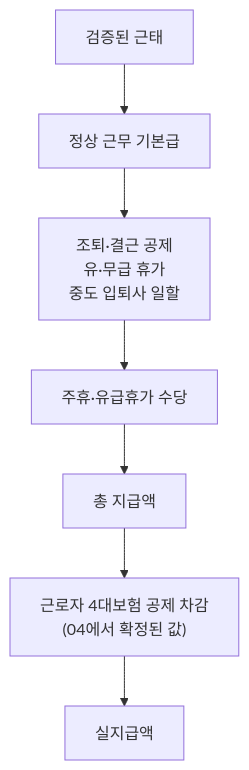
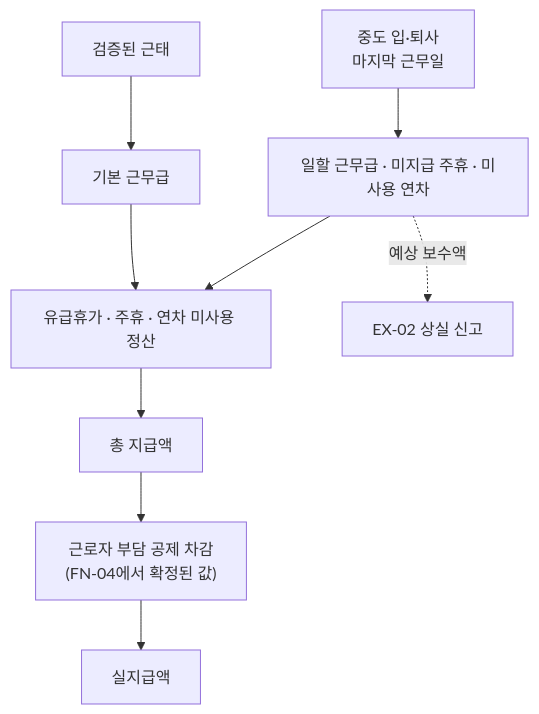
The eighth of 15 diagrams in docs/ARCHITECTURE.md (YC-CapstoneDesign-5/.github), drawn with Mermaid before and after one commit. The commit also changed other lines of this file and 7 other files, not shown here.

````diff
--- a/docs/ARCHITECTURE.md
+++ b/docs/ARCHITECTURE.md
@@ -209,9 +274,11 @@
 ```mermaid
 flowchart TD
-    A["검증된 근태"] --> B["정상 근무 기본급"]
-    B --> C["조퇴·결근 공제<br>유·무급 휴가<br>중도 입퇴사 일할"]
-    C --> D["주휴·유급휴가 수당"]
-    D --> E["총 지급액"]
-    E --> F["근로자 4대보험 공제 차감<br>(04에서 확정된 값)"]
+    A["검증된 근태"] --> B["기본 근무급"]
+    B --> C["유급휴가 · 주휴 · 연차 미사용 정산"]
+    M["중도 입·퇴사<br>마지막 근무일"] --> MC["일할 근무급 · 미지급 주휴 · 미사용 연차"]
+    MC --> C
+    C --> E["총 지급액"]
+    E --> F["근로자 부담 공제 차감<br>(FN-04에서 확정된 값)"]
     F --> G["실지급액"]
+    MC -. 예상 보수액 .-> EX2["EX-02 상실 신고"]
 ```
````
